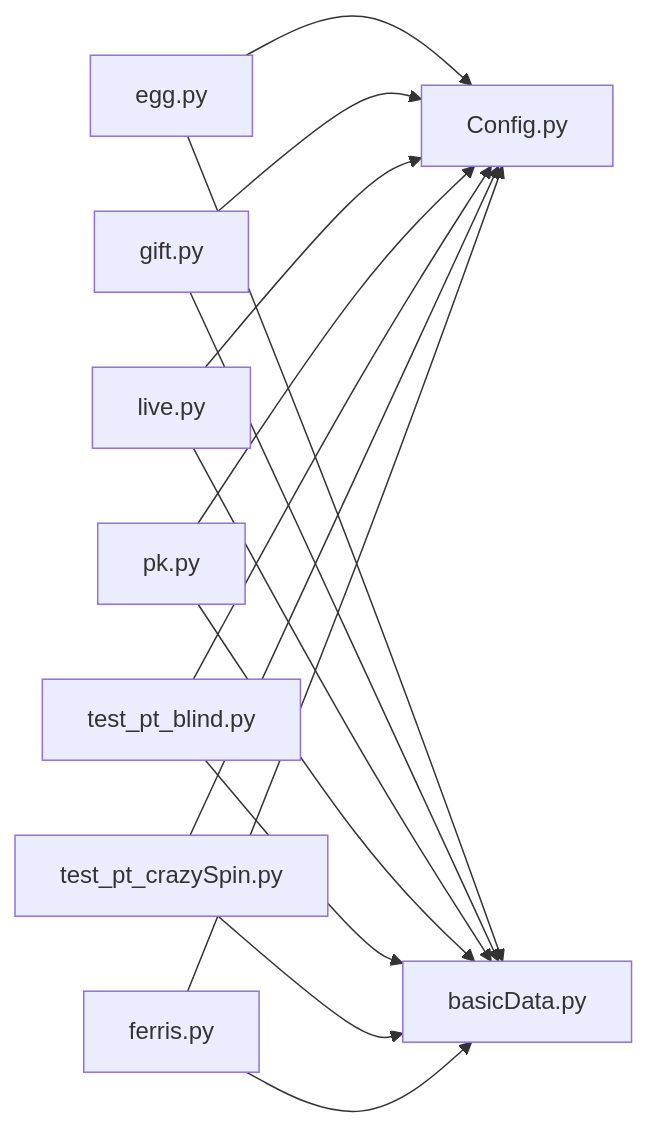
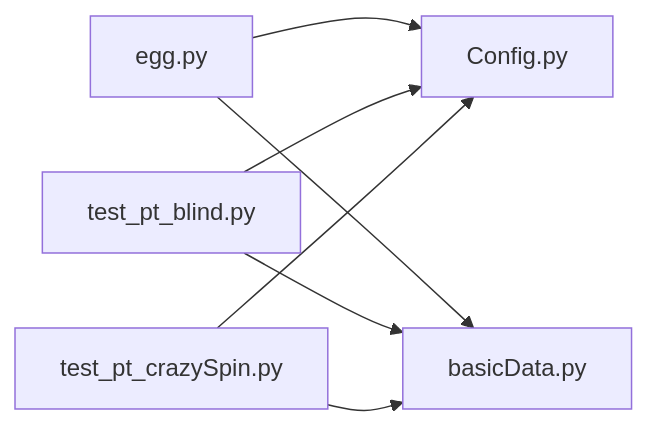
One commit to liximing1-ola/qa-payTest changed the seventh of 7 diagrams in .qoder/repowiki/zh/content/高级功能测试/概率性功能测试.md. Above: the diagram before and after it, drawn with Mermaid. The commit also changed other lines of this file and 6 other files, not shown here.

````diff
--- a/.qoder/repowiki/zh/content/高级功能测试/概率性功能测试.md
+++ b/.qoder/repowiki/zh/content/高级功能测试/概率性功能测试.md
@@ -274,17 +267,9 @@
 ```mermaid
 graph LR
 Egg["egg.py"] --> Cfg["Config.py"]
 Egg --> Basic["basicData.py"]
-Gift["gift.py"] --> Cfg
-Gift --> Basic
-Live["live.py"] --> Cfg
-Live --> Basic
-Pk["pk.py"] --> Cfg
-Pk --> Basic
 Blind["test_pt_blind.py"] --> Cfg
 Blind --> Basic
 Spin["test_pt_crazySpin.py"] --> Cfg
 Spin --> Basic
-Ferris["ferris.py"] --> Cfg
-Ferris --> Basic
 ```
````
